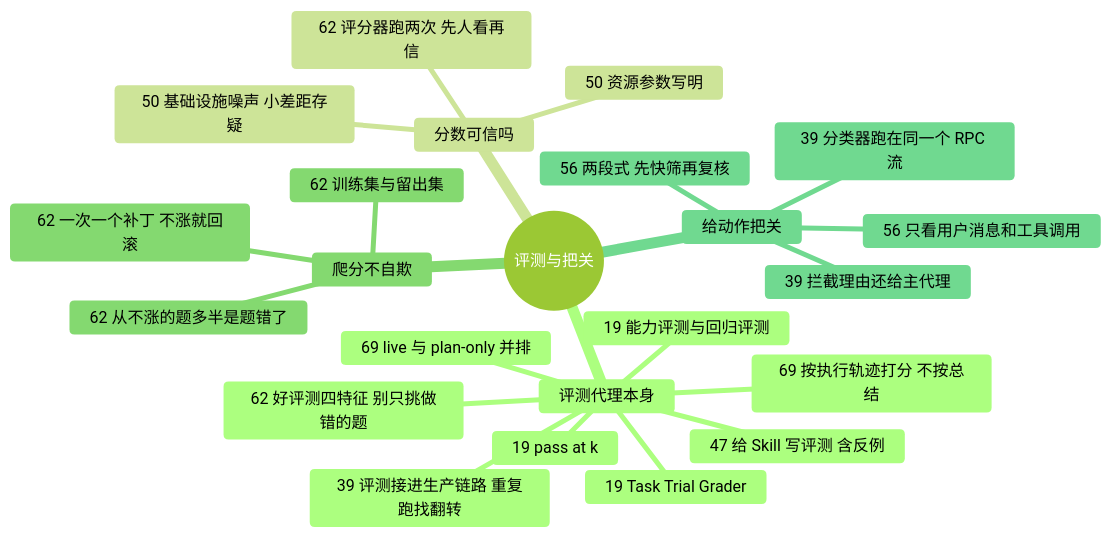
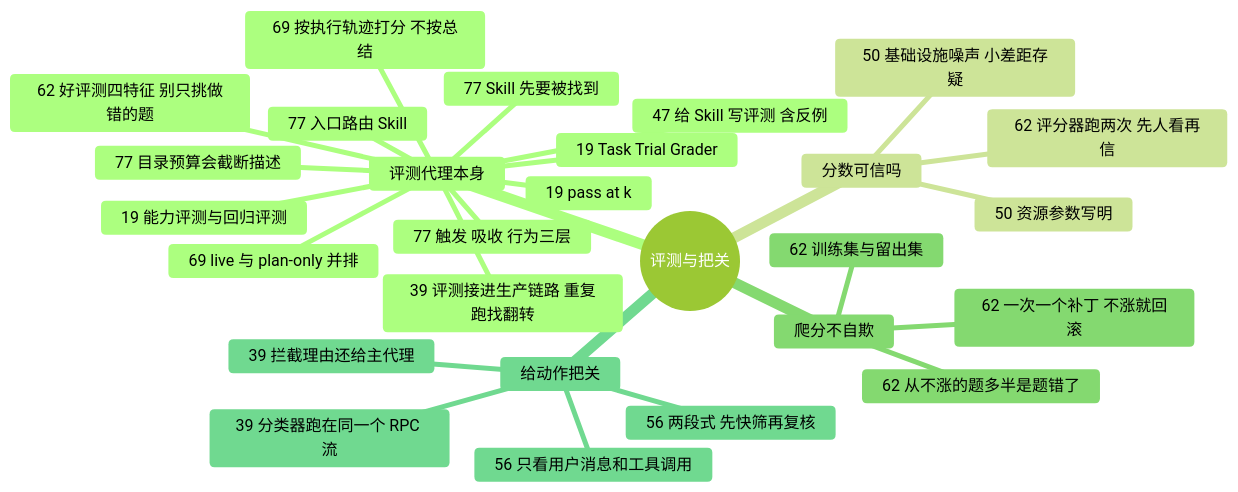
The diagram in docs/guide/evals.md (yzw7489757/ai-coding-videos), drawn with Mermaid (forest theme) before and after one commit. The commit also changed other lines of this file and 18 other files, not shown here.

````diff
--- a/docs/guide/evals.md
+++ b/docs/guide/evals.md
@@ -15,26 +15,30 @@
 ```mermaid
 mindmap
   root((评测与把关))
     评测代理本身
       19 Task Trial Grader
       19 能力评测与回归评测
       19 pass at k
       39 评测接进生产链路 重复跑找翻转
       47 给 Skill 写评测 含反例
       62 好评测四特征 别只挑做错的题
       69 按执行轨迹打分 不按总结
       69 live 与 plan-only 并排
+      77 Skill 先要被找到
+      77 触发 吸收 行为三层
+      77 入口路由 Skill
+      77 目录预算会截断描述
     分数可信吗
       50 基础设施噪声 小差距存疑
       50 资源参数写明
       62 评分器跑两次 先人看再信
     爬分不自欺
       62 训练集与留出集
       62 一次一个补丁 不涨就回滚
       62 从不涨的题多半是题错了
     给动作把关
       39 分类器跑在同一个 RPC 流
       39 拦截理由还给主代理
       56 两段式 先快筛再复核
       56 只看用户消息和工具调用
 ```
````
